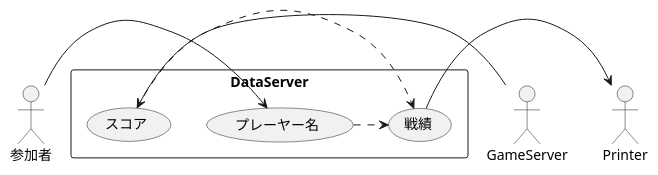
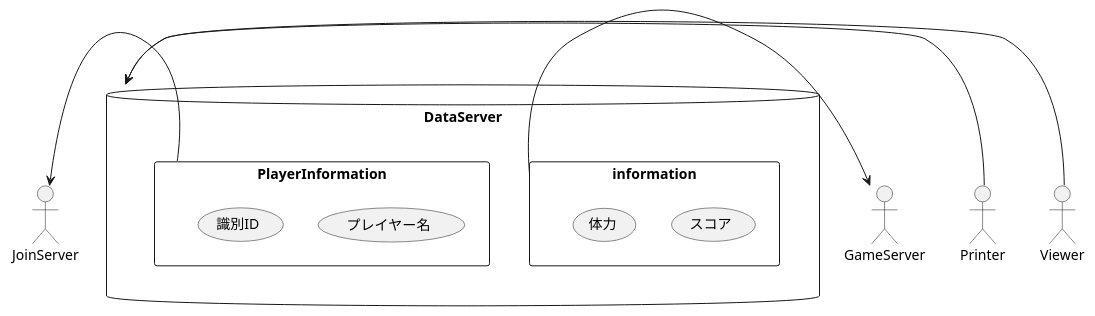
The diagram in DataServer.pu (H28KoyosaiInfo/Design), drawn with PlantUML before and after one commit. The commit also changed 6 other files, not shown here.

```diff
--- a/DataServer.pu
+++ b/DataServer.pu
@@ -2,22 +2,32 @@
 @startuml
-  actor "参加者"
 
-  rectangle DataServer{
-      usecase 戦績
+
+  database DataServer as Data{
+
+      rectangle information as info{
       usecase スコア
-      usecase プレーヤー名
+      usecase 体力
+
+    }
+
+      rectangle PlayerInformation as pinfo{
+        usecase プレイヤー名
+        usecase 識別ID
+      }
+
+
 
 
 
 
   }
 
 'link'
-参加者->プレーヤー名
-GameServer->スコア
-戦績->Printer
+JoinServer<-pinfo
+GameServer<-info
+Printer->Data
+Viewer->Data
 
 '関連付け'
-スコア.>戦績
-プレーヤー名.>戦績
+
 @enduml
```
